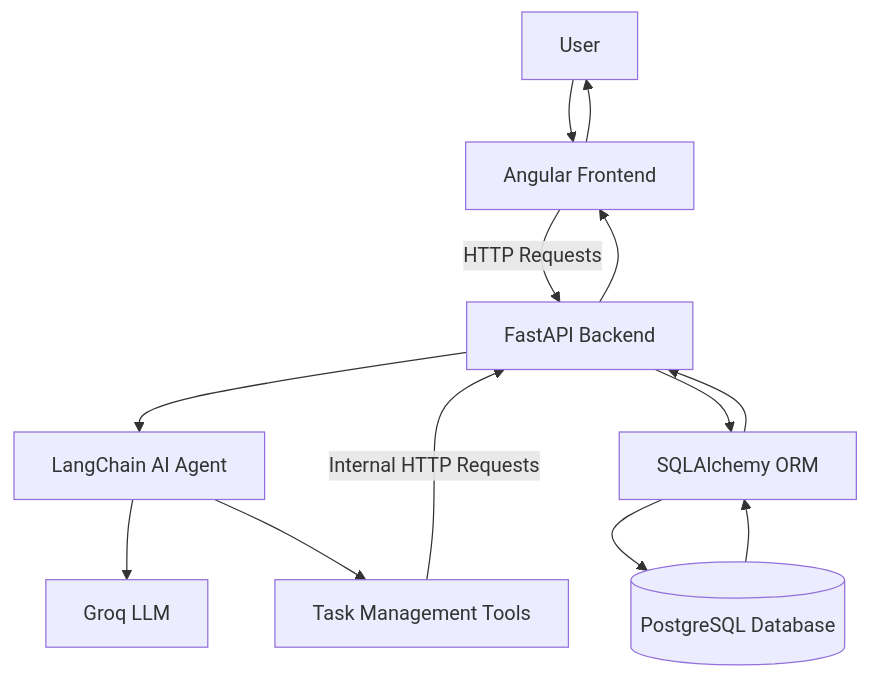
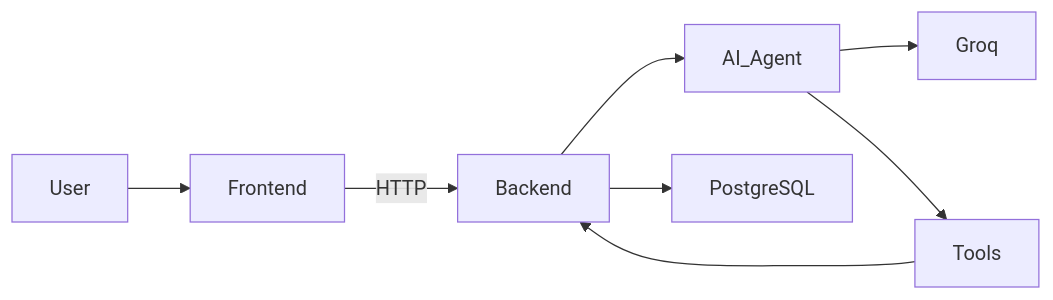
One commit to Prasanth-Pali/AI_Task_Agent changed the diagram in README.md. Above: the diagram before and after it, drawn with Mermaid. The commit also changed other lines of this file and 4 other files, not shown here.

````diff
--- a/README.md
+++ b/README.md
@@ -70,15 +64,10 @@
 ```mermaid
-flowchart TD
-    A[User] --> B[Angular Frontend]
-    B -->|HTTP Requests| C[FastAPI Backend]
-    C --> D[LangChain AI Agent]
-    D --> E[Groq LLM]
-    D --> F[Task Management Tools]
-    F -->|Internal HTTP Requests| C
-    C --> G[SQLAlchemy ORM]
-    G --> H[(PostgreSQL Database)]
-    H --> G
-    G --> C
-    C --> B
-    B --> A
+flowchart LR
+    User --> Frontend
+    Frontend -->|HTTP| Backend
+    Backend --> AI_Agent
+    AI_Agent --> Groq
+    AI_Agent --> Tools
+    Tools --> Backend
+    Backend --> PostgreSQL
 ```
````
